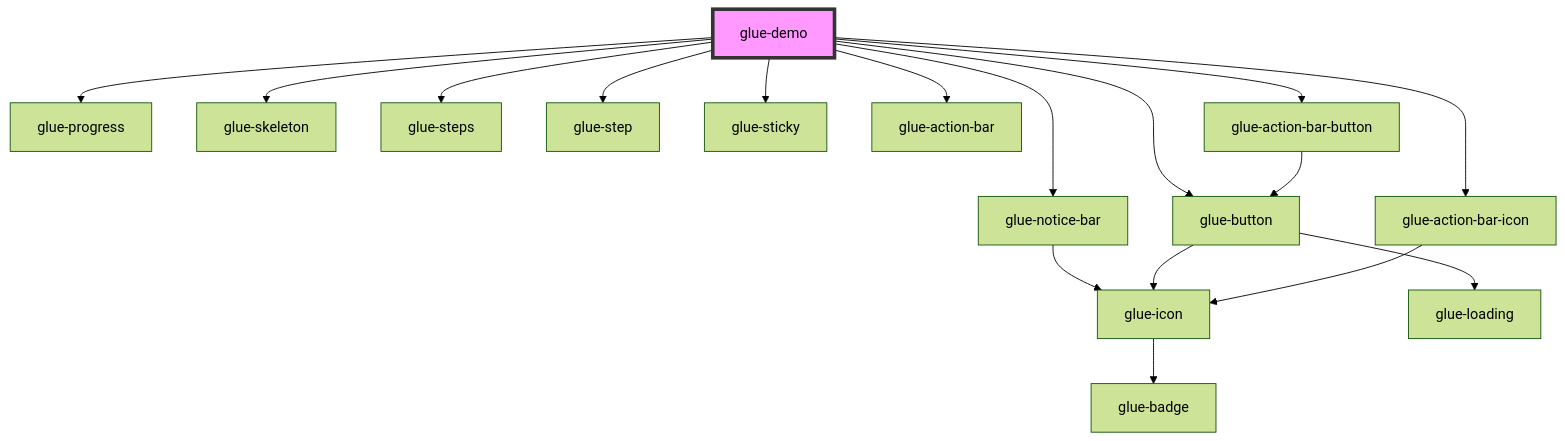
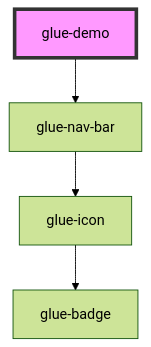
Before and after one commit to grasilife/glue: the diagram in packages/glue-components/src/components/glue-demo/readme.md, drawn with Mermaid (forest theme). The commit also changed other lines of this file and 21 other files, not shown here.

````diff
--- a/packages/glue-components/src/components/glue-demo/readme.md
+++ b/packages/glue-components/src/components/glue-demo/readme.md
@@ -33,20 +24,7 @@
 ```mermaid
 graph TD;
-  glue-demo --> glue-notice-bar
-  glue-demo --> glue-progress
-  glue-demo --> glue-skeleton
-  glue-demo --> glue-steps
-  glue-demo --> glue-step
-  glue-demo --> glue-sticky
-  glue-demo --> glue-button
-  glue-demo --> glue-action-bar
-  glue-demo --> glue-action-bar-icon
-  glue-demo --> glue-action-bar-button
-  glue-notice-bar --> glue-icon
+  glue-demo --> glue-nav-bar
+  glue-nav-bar --> glue-icon
   glue-icon --> glue-badge
-  glue-button --> glue-loading
-  glue-button --> glue-icon
-  glue-action-bar-icon --> glue-icon
-  glue-action-bar-button --> glue-button
   style glue-demo fill:#f9f,stroke:#333,stroke-width:4px
 ```
````
